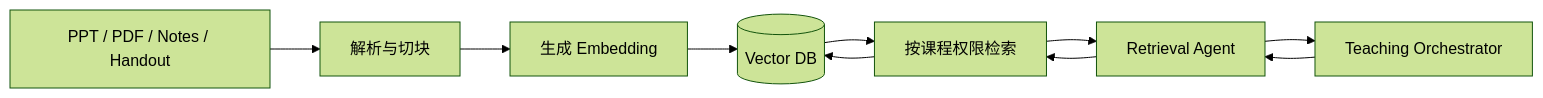
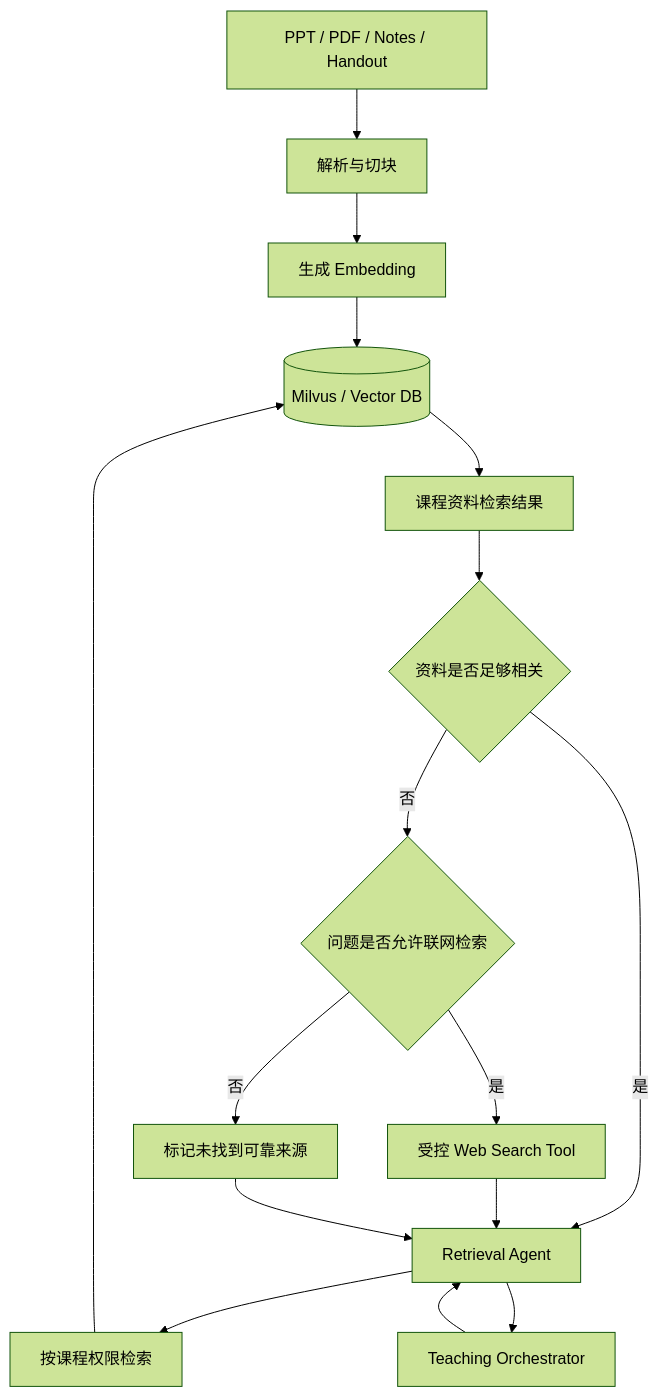
Before and after one commit to roey-cheng/AI-teaching-agent: the sixth of 9 diagrams in docs/superpowers/specs/2026-09-13-ai-coding-assistant-architecture-design-zh.md, drawn with Mermaid (forest theme). The commit also changed other lines of this file, not shown here.

Commit message:
docs: refine architecture and database design

````diff
--- a/docs/superpowers/specs/2026-09-13-ai-coding-assistant-architecture-design-zh.md
+++ b/docs/superpowers/specs/2026-09-13-ai-coding-assistant-architecture-design-zh.md
@@ -532,15 +538,25 @@
 ```mermaid
-flowchart LR
+flowchart TD
     Docs[PPT / PDF / Notes / Handout]
     Parse[解析与切块]
     Embed[生成 Embedding]
-    Vector[(Vector DB)]
+    Milvus[(Milvus / Vector DB)]
     Retriever[按课程权限检索]
     Retrieval[Retrieval Agent]
     Orchestrator[Teaching Orchestrator]
+    Result[课程资料检索结果]
+    Relevant{资料是否足够相关}
+    WebPolicy{问题是否允许联网检索}
+    Web[受控 Web Search Tool]
+    NoSource[标记未找到可靠来源]
 
-    Docs --> Parse --> Embed --> Vector
+    Docs --> Parse --> Embed --> Milvus
     Orchestrator --> Retrieval
-    Retrieval --> Retriever --> Vector
-    Vector --> Retriever --> Retrieval --> Orchestrator
+    Retrieval --> Retriever --> Milvus
+    Milvus --> Result --> Relevant
+    Relevant -->|是| Retrieval
+    Relevant -->|否| WebPolicy
+    WebPolicy -->|是| Web --> Retrieval
+    WebPolicy -->|否| NoSource --> Retrieval
+    Retrieval --> Orchestrator
 ```
````
